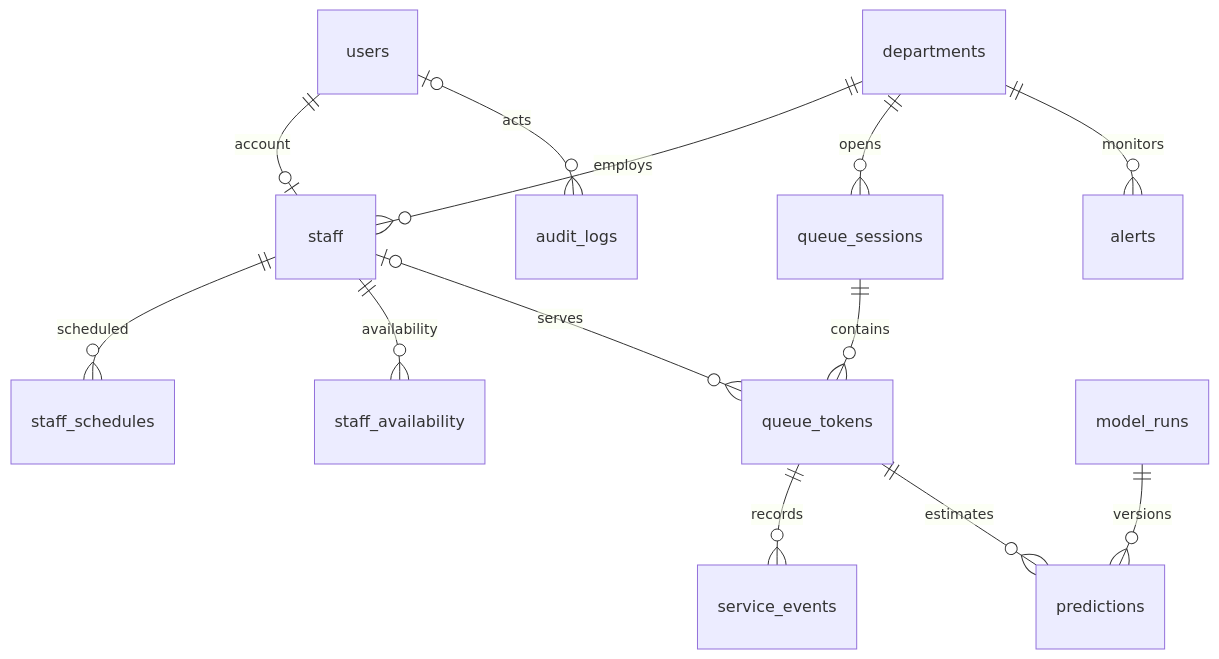
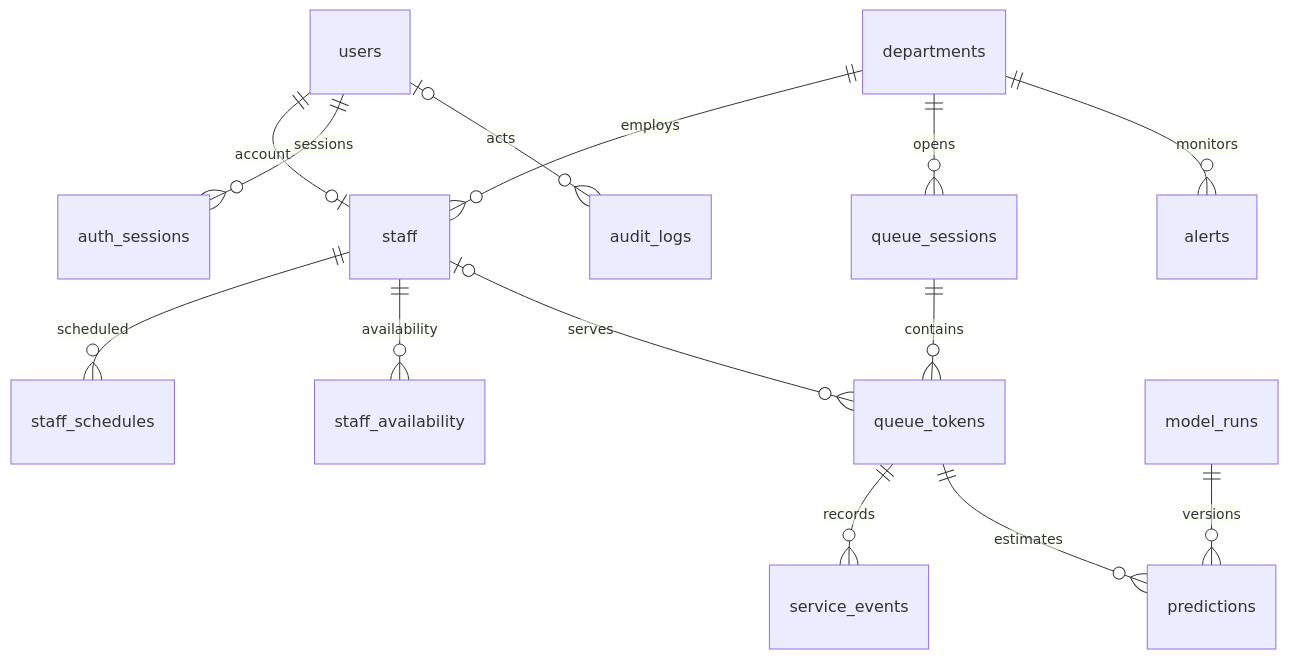
One commit to denusha1/QueueSense changed the diagram in docs/architecture/database.md. Above: the diagram before and after it, drawn with Mermaid. The commit also changed other lines of this file and 58 other files, not shown here.

````diff
--- a/docs/architecture/database.md
+++ b/docs/architecture/database.md
@@ -3,15 +3,16 @@
 ```mermaid
 erDiagram
     users ||--o| staff : account
+    users ||--o{ auth_sessions : sessions
     departments ||--o{ staff : employs
     staff ||--o{ staff_schedules : scheduled
     staff ||--o{ staff_availability : availability
     departments ||--o{ queue_sessions : opens
     queue_sessions ||--o{ queue_tokens : contains
     staff o|--o{ queue_tokens : serves
     queue_tokens ||--o{ service_events : records
     queue_tokens ||--o{ predictions : estimates
     model_runs ||--o{ predictions : versions
     departments ||--o{ alerts : monitors
     users o|--o{ audit_logs : acts
 ```
````
